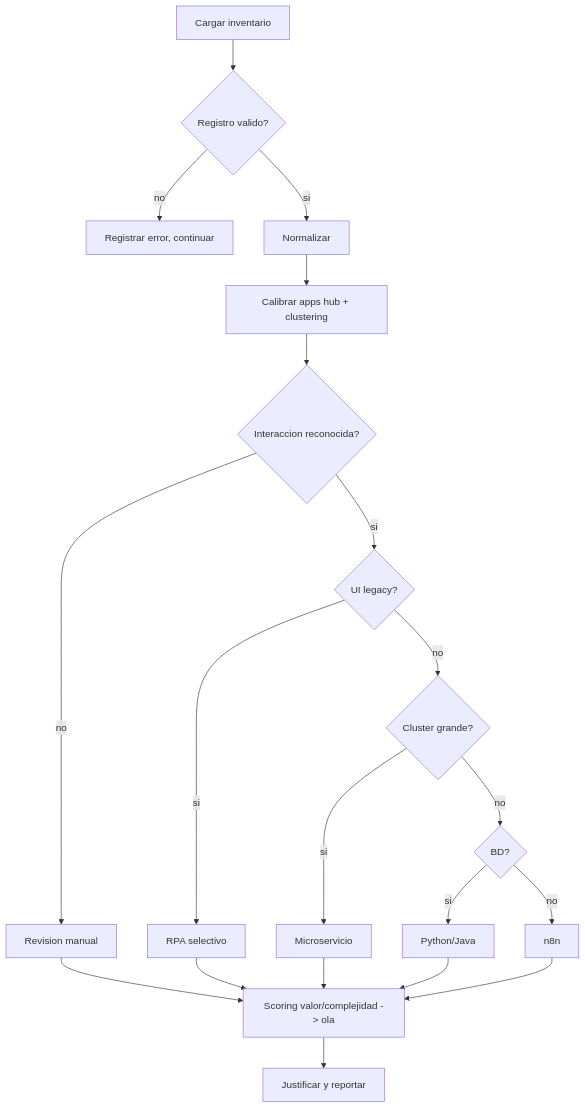
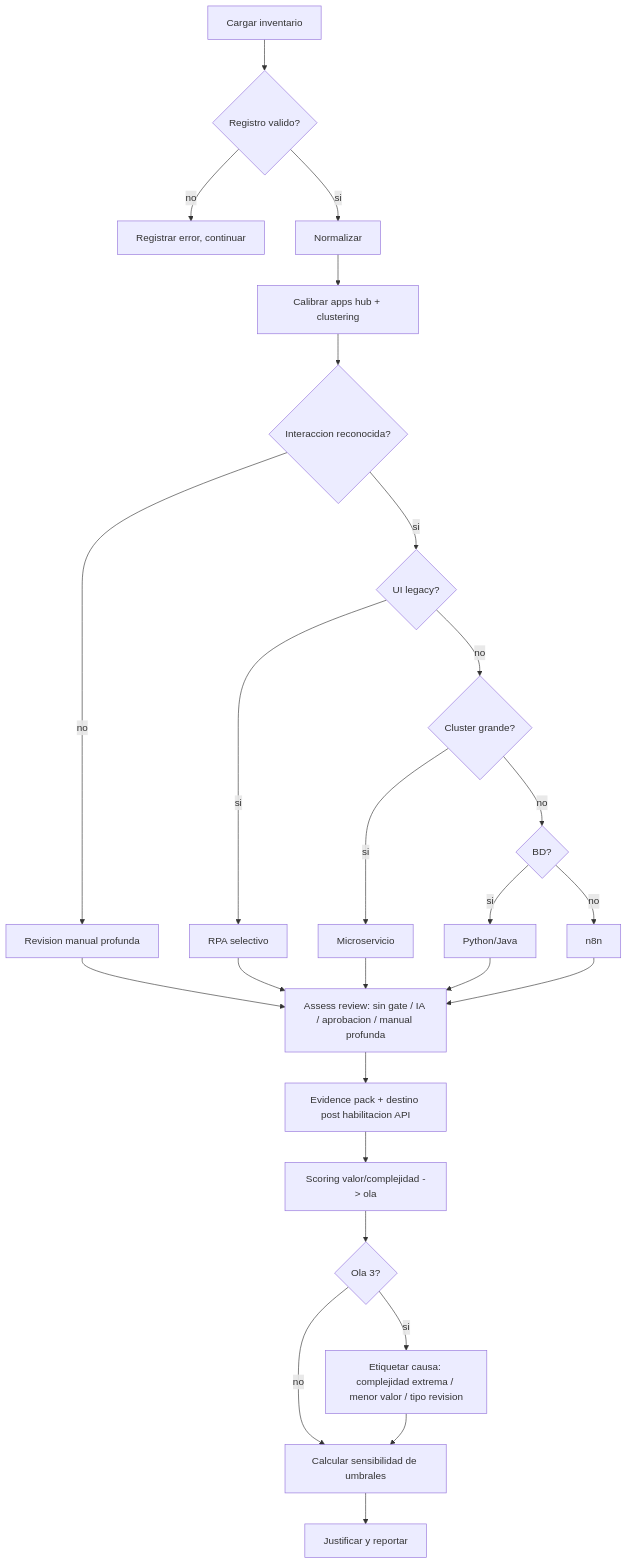
Before and after one commit to cataia-code/bancolombia-technical-challenge-b: the fifth of 5 diagrams in docs/uml.md, drawn with Mermaid. The commit also changed other lines of this file and 41 other files, not shown here.

````diff
--- a/docs/uml.md
+++ b/docs/uml.md
@@ -180,18 +295,24 @@
 ```mermaid
 flowchart TD
     A[Cargar inventario] --> B{Registro valido?}
     B -- no --> E[Registrar error, continuar]
     B -- si --> C[Normalizar]
     C --> D[Calibrar apps hub + clustering]
     D --> F{Interaccion reconocida?}
-    F -- no --> G[Revision manual]
+    F -- no --> G[Revision manual profunda]
     F -- si --> H{UI legacy?}
     H -- si --> I[RPA selectivo]
     H -- no --> J{Cluster grande?}
     J -- si --> K[Microservicio]
     J -- no --> L{BD?}
     L -- si --> M[Python/Java]
     L -- no --> N[n8n]
-    G & I & K & M & N --> O[Scoring valor/complejidad -> ola]
-    O --> P[Justificar y reportar]
+    G & I & K & M & N --> O[Assess review: sin gate / IA / aprobacion / manual profunda]
+    O --> V[Evidence pack + destino post habilitacion API]
+    V --> S[Scoring valor/complejidad -> ola]
+    S --> Q{Ola 3?}
+    Q -- si --> R[Etiquetar causa: complejidad extrema / menor valor / tipo revision]
+    Q -- no --> T[Calcular sensibilidad de umbrales]
+    R --> T
+    T --> P[Justificar y reportar]
 ```
````
